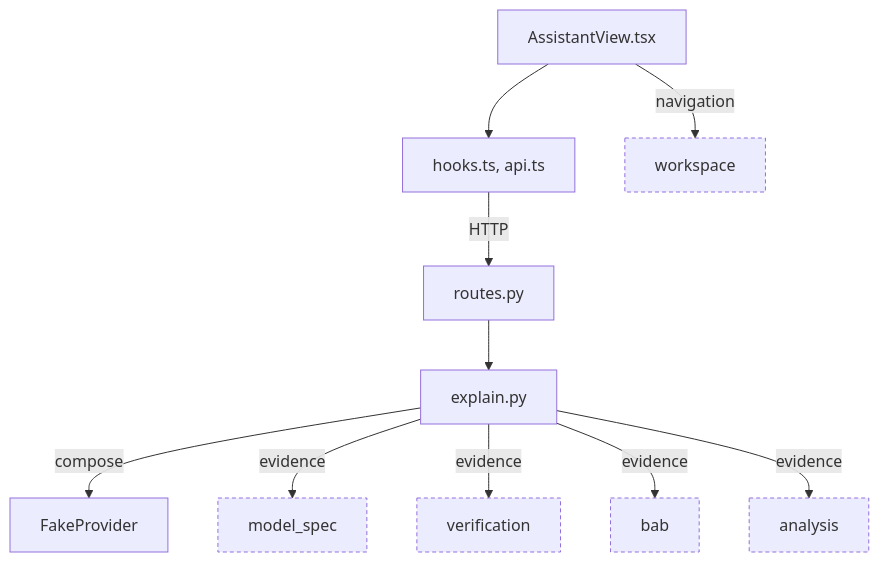
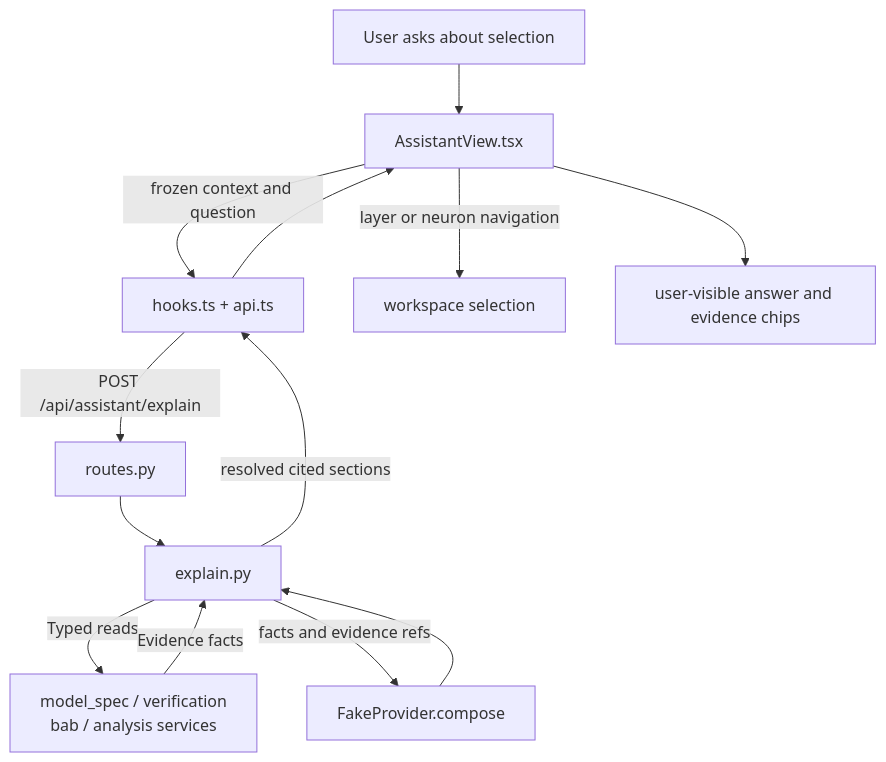
The diagram in visual_bench/assistant/README.md (SVF-tools/ACT-GUI), drawn with Mermaid before and after one commit. The commit also changed other lines of this file and 20 other files, not shown here.

````diff
--- a/visual_bench/assistant/README.md
+++ b/visual_bench/assistant/README.md
@@ -24,20 +19,14 @@
 ```mermaid
 flowchart TB
-  classDef ext stroke-dasharray: 4 3
-  AV["AssistantView.tsx"]
-  H["hooks.ts, api.ts"]
-  R["routes.py"]
-  E["explain.py"]
-  P["FakeProvider"]
-  WS["workspace"]:::ext
-  MS["model_spec"]:::ext
-  VER["verification"]:::ext
-  BAB["bab"]:::ext
-  AN["analysis"]:::ext
-  AV --> H
-  AV -- "navigation" --> WS
-  H -- "HTTP" --> R
-  R --> E
-  E -- "compose" --> P
-  E -- "evidence" --> MS & VER & BAB & AN
+  U["User asks about selection"] --> V["AssistantView.tsx"]
+  V -- "frozen context and question" --> H["hooks.ts + api.ts"]
+  H -- "POST /api/assistant/explain" --> R["routes.py"]
+  R --> E["explain.py"]
+  E -- "Typed reads" --> Services["model_spec / verification<br/>bab / analysis services"]
+  Services -- "Evidence facts" --> E
+  E -- "facts and evidence refs" --> P["FakeProvider.compose"]
+  P --> E
+  E -- "resolved cited sections" --> H --> V
+  V -- "layer or neuron navigation" --> W["workspace selection"]
+  V --> O["user-visible answer and evidence chips"]
 ```
````
